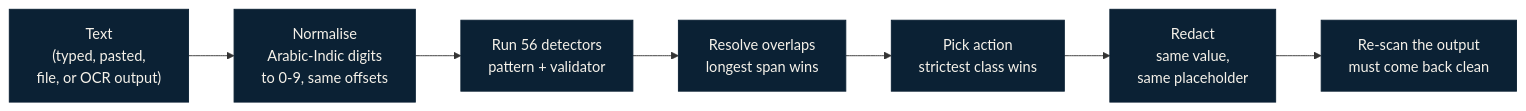
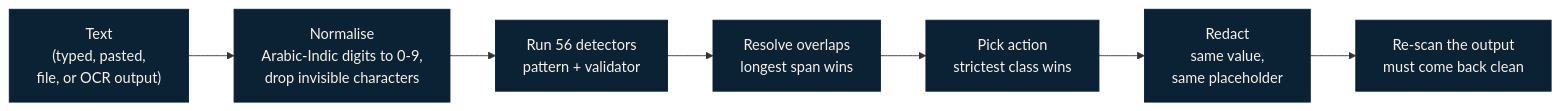
One commit to shyuix/SADIN changed the diagram in docs/DETECTION.md. Above: the diagram before and after it, drawn with Mermaid. The commit also changed other lines of this file and 143 other files, not shown here.

````diff
--- a/docs/DETECTION.md
+++ b/docs/DETECTION.md
@@ -22,11 +22,11 @@
 ```mermaid
 flowchart LR
-    T["Text<br/>(typed, pasted,<br/>file, or OCR output)"] --> N["Normalise<br/>Arabic-Indic digits<br/>to 0-9, same offsets"]
+    T["Text<br/>(typed, pasted,<br/>file, or OCR output)"] --> N["Normalise<br/>Arabic-Indic digits to 0-9,<br/>drop invisible characters"]
     N --> D["Run 56 detectors<br/>pattern + validator"]
     D --> O["Resolve overlaps<br/>longest span wins"]
     O --> A["Pick action<br/>strictest class wins"]
     A --> R["Redact<br/>same value,<br/>same placeholder"]
     R --> S["Re-scan the output<br/>must come back clean"]
     classDef step fill:#0B2134,stroke:#0B2134,color:#F6F2EA
     class T,N,D,O,A,R,S step
 ```
````
